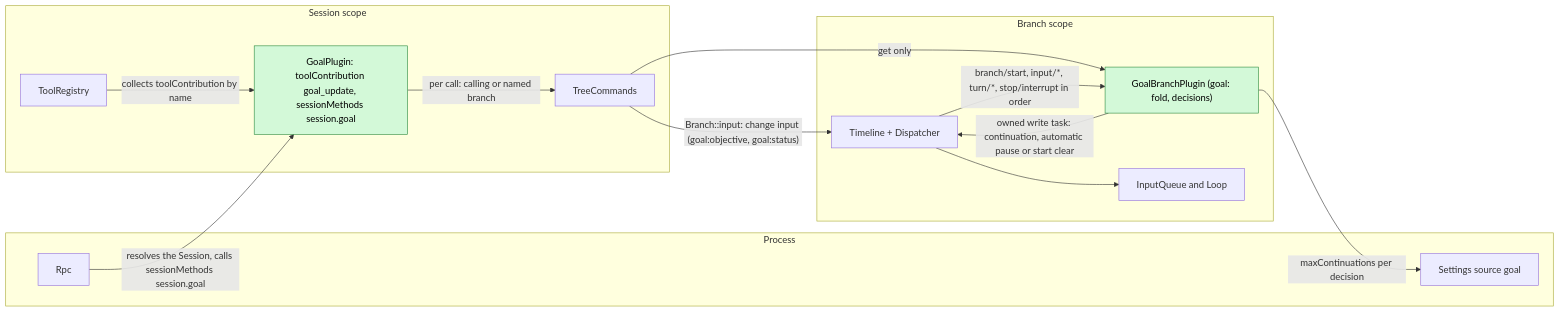
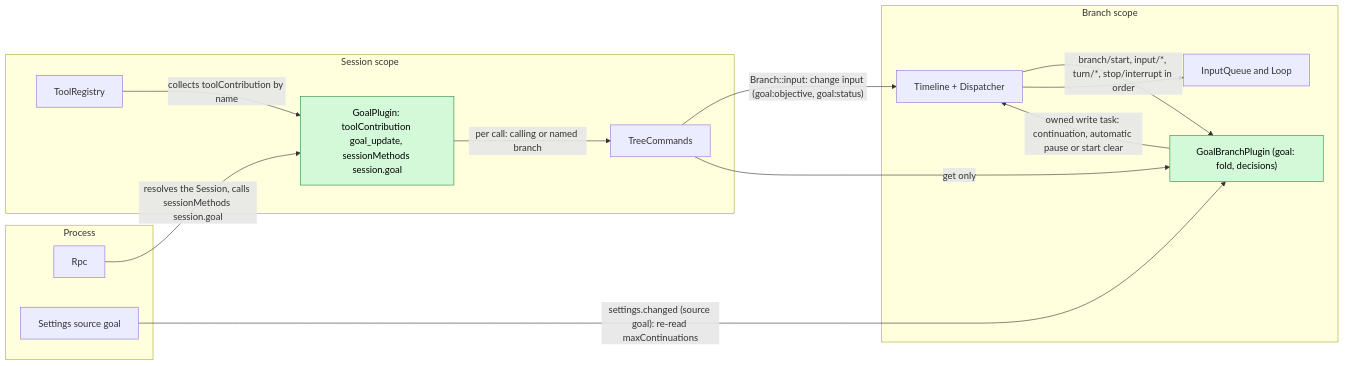
Before and after one commit to CoutinhoTTS/dim-agent: the first of 7 diagrams in docs/design/plugins/Goal.md, drawn with Mermaid. The commit also changed other lines of this file and 3 other files, not shown here.

First line of the commit message:
docs(goal): align Goal design with F1 compaction, S8a settings events and C1/C2

````diff
--- a/docs/design/plugins/Goal.md
+++ b/docs/design/plugins/Goal.md
@@ -11,27 +11,27 @@
 ```mermaid
 flowchart LR
   subgraph PROC["Process"]
     Rpc["Rpc"]
     Settings["Settings source goal"]
   end
   subgraph SESS["Session scope"]
     GS["GoalPlugin: toolContribution goal_update, sessionMethods session.goal"]:::new
     TR["ToolRegistry"]
     TC["TreeCommands"]
   end
   subgraph BR["Branch scope"]
     GB["GoalBranchPlugin (goal: fold, decisions)"]:::new
     TL["Timeline + Dispatcher"]
     IQ["InputQueue and Loop"]
   end
   TR -- "collects toolContribution by name" --> GS
   Rpc -- "resolves the Session, calls sessionMethods session.goal" --> GS
   GS -- "per call: calling or named branch" --> TC
   TC -- "Branch::input: change input (goal:objective, goal:status)" --> TL
   TC -- "get only" --> GB
   TL -- "branch/start, input/*, turn/*, stop/interrupt in order" --> GB
   GB -- "owned write task: continuation, automatic pause or start clear" --> TL
-  GB -- "maxContinuations per decision" --> Settings
+  Settings -- "settings.changed (source goal): re-read maxContinuations" --> GB
   TL --> IQ
   classDef new fill:#d3f9d8,stroke:#2b8a3e,color:#000
 ```
````
